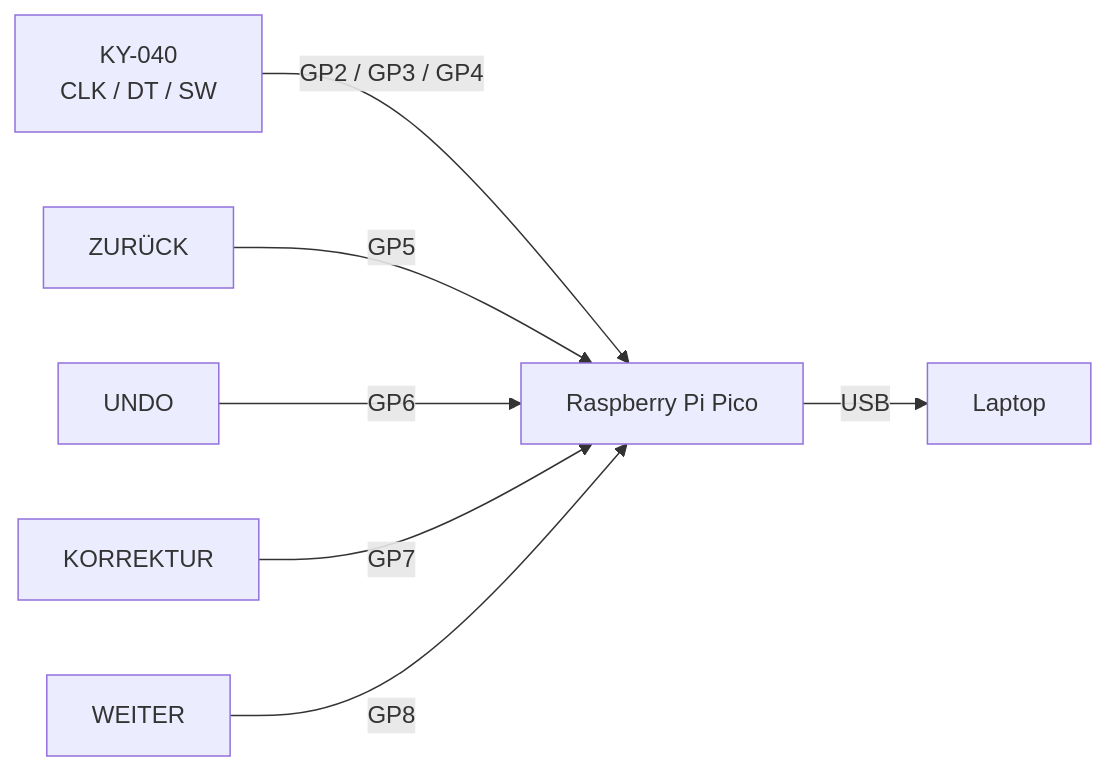
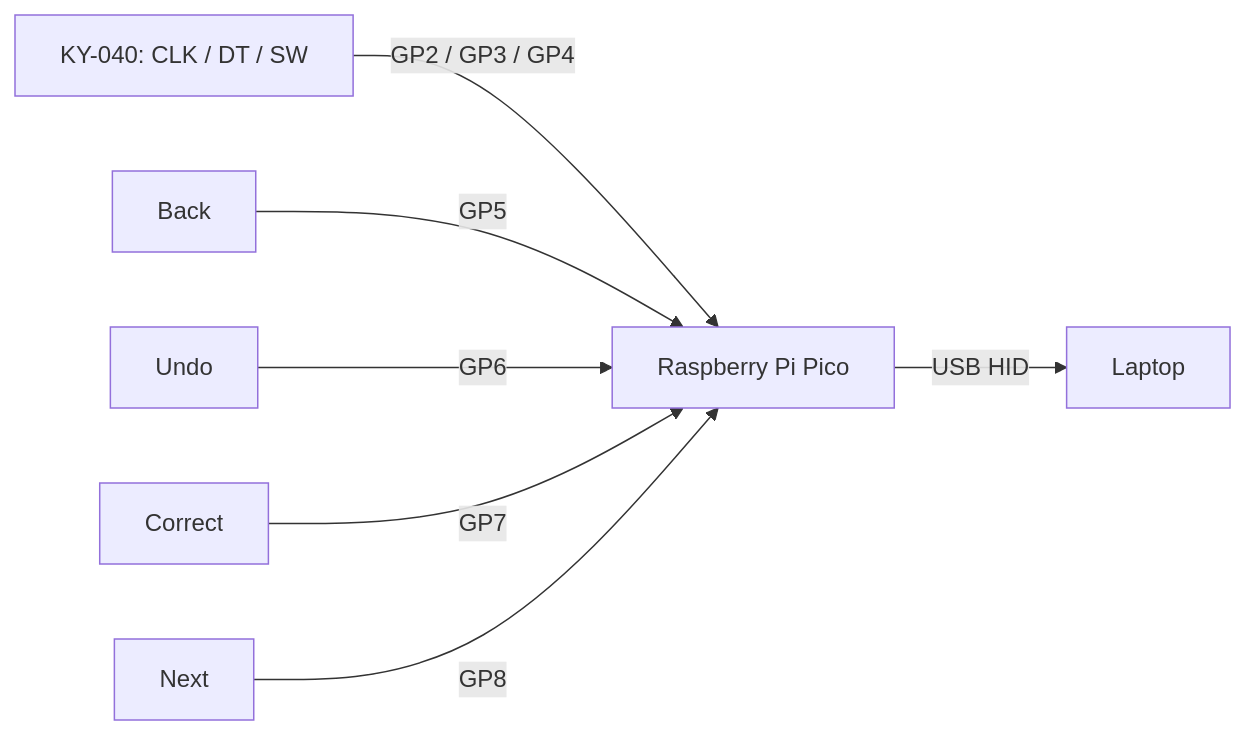
Before and after one commit to Arber28/Darts-Console: the second of 4 diagrams in docs/ARCHITECTURE.md, drawn with Mermaid. The commit also changed other lines of this file, not shown here.

````diff
--- a/docs/ARCHITECTURE.md
+++ b/docs/ARCHITECTURE.md
@@ -48,9 +42,9 @@
 ```mermaid
 flowchart LR
-  E["KY-040<br/>CLK / DT / SW"] -->|"GP2 / GP3 / GP4"| P["Raspberry Pi Pico"]
-  B["ZURÜCK"] -->|"GP5"| P
-  U["UNDO"] -->|"GP6"| P
-  K["KORREKTUR"] -->|"GP7"| P
-  N["WEITER"] -->|"GP8"| P
-  P -->|"USB"| PC["Laptop"]
+    ENC["KY-040: CLK / DT / SW"] -->|"GP2 / GP3 / GP4"| PICO["Raspberry Pi Pico"]
+    BACK["Back"] -->|"GP5"| PICO
+    UNDO["Undo"] -->|"GP6"| PICO
+    CORR["Correct"] -->|"GP7"| PICO
+    NEXT["Next"] -->|"GP8"| PICO
+    PICO -->|"USB HID"| PC["Laptop"]
 ```
````
